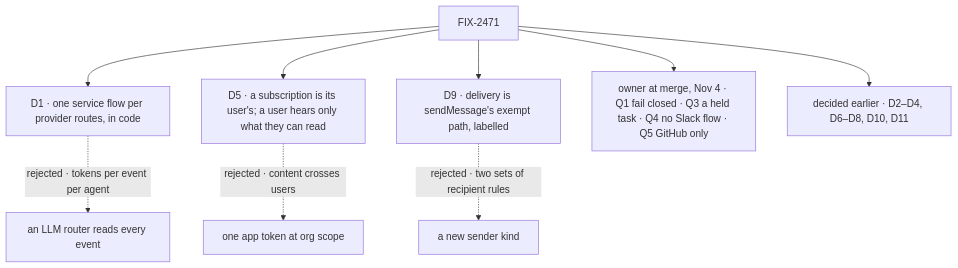
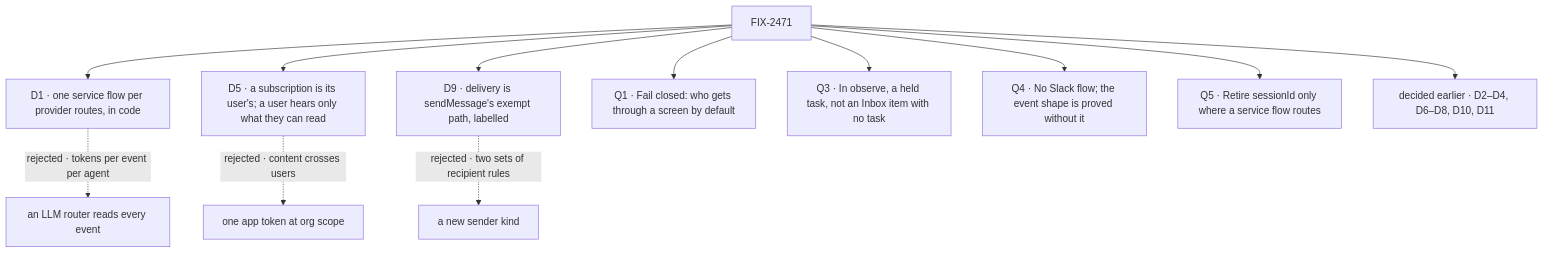
The diagram in specs/epics/FIX-2471/DECISIONS.md (fixpoint-labs/flow-state-dev), drawn with Mermaid before and after one commit. The commit also changed other lines of this file and 3 other files, not shown here.

````diff
--- a/specs/epics/FIX-2471/DECISIONS.md
+++ b/specs/epics/FIX-2471/DECISIONS.md
@@ -7,11 +7,14 @@
 ```mermaid
 flowchart TD
   E["FIX-2471"] --> D1["D1 · one service flow per provider routes, in code"]
   D1 -.->|"rejected · tokens per event per agent"| X1["an LLM router reads every event"]
   E --> D5["D5 · a subscription is its user's; a user hears only what they can read"]
   D5 -.->|"rejected · content crosses users"| X5["one app token at org scope"]
   E --> D9["D9 · delivery is sendMessage's exempt path, labelled"]
   D9 -.->|"rejected · two sets of recipient rules"| X9["a new sender kind"]
-  E --> O["owner at merge, Nov 4 · Q1 fail closed · Q3 a held task · Q4 no Slack flow · Q5 GitHub only"]
+  E --> Q1["Q1 · Fail closed: who gets through a screen by default"]
+  E --> Q3["Q3 · In observe, a held task, not an Inbox item with no task"]
+  E --> Q4["Q4 · No Slack flow; the event shape is proved without it"]
+  E --> Q5["Q5 · Retire sessionId only where a service flow routes"]
   E --> G["decided earlier · D2–D4, D6–D8, D10, D11"]
 ```
````
